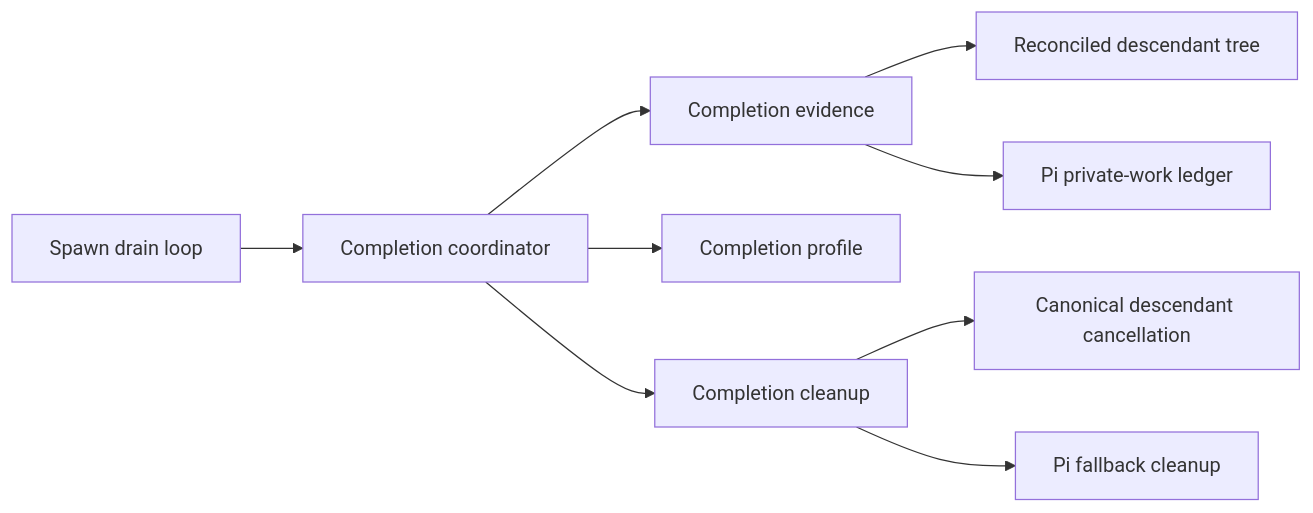
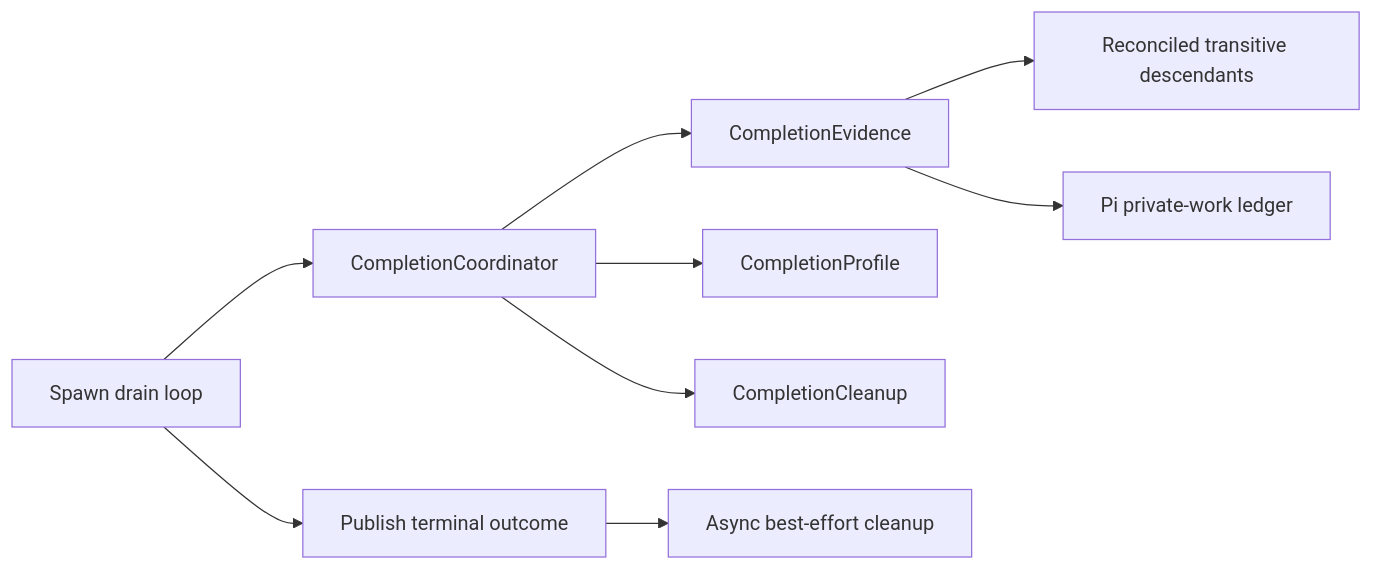
One commit to haowjy/meridian-cli-kb changed the diagram in kb/architecture/completion-drain-coordination.md. Above: the diagram before and after it, drawn with Mermaid. The commit also changed other lines of this file and 6 other files, not shown here.

````diff
--- a/kb/architecture/completion-drain-coordination.md
+++ b/kb/architecture/completion-drain-coordination.md
@@ -10,11 +8,11 @@
 ```mermaid
 flowchart LR
-    L[Spawn drain loop] --> C[Completion coordinator]
-    C --> E[Completion evidence]
-    C --> P[Completion profile]
-    C --> X[Completion cleanup]
-    E --> T[Reconciled descendant tree]
+    L[Spawn drain loop] --> C[CompletionCoordinator]
+    C --> E[CompletionEvidence]
+    C --> P[CompletionProfile]
+    C --> X[CompletionCleanup]
+    E --> T[Reconciled transitive descendants]
     E --> W[Pi private-work ledger]
-    X --> D[Canonical descendant cancellation]
-    X --> F[Pi fallback cleanup]
+    L --> O[Publish terminal outcome]
+    O --> D[Async best-effort cleanup]
 ```
````
